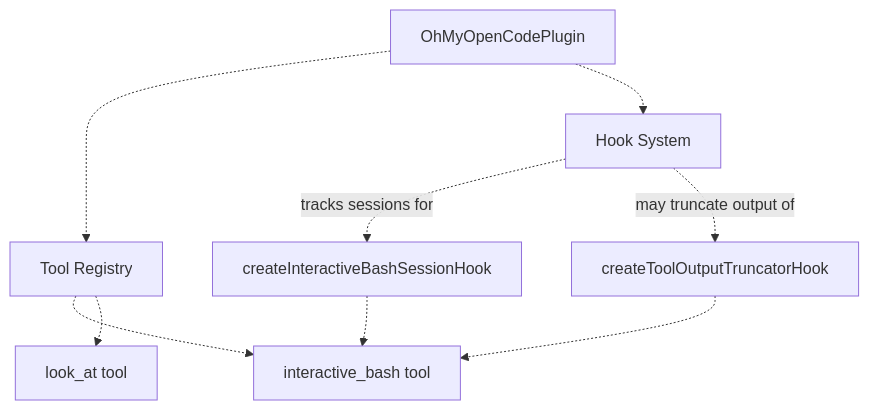
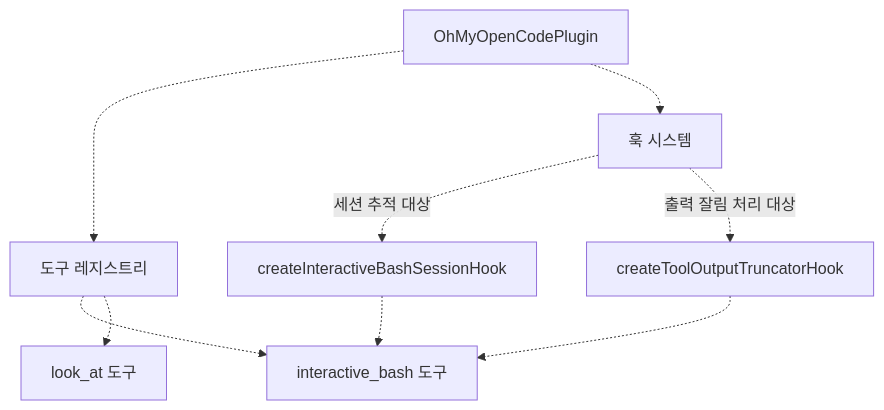
The seventh of 7 diagrams in docs/tools/specialized-tools.md (felipetruman/oh-my-opencode-docs), drawn with Mermaid before and after one commit. The commit also changed other lines of this file and 76 other files, not shown here.

````diff
--- a/docs/tools/specialized-tools.md
+++ b/docs/tools/specialized-tools.md
@@ -460,20 +409,20 @@
 ```mermaid
 flowchart TD
 
 Plugin["OhMyOpenCodePlugin"]
-ToolRegistry["Tool Registry"]
-InteractiveBash["interactive_bash tool"]
-LookAt["look_at tool"]
-HookSystem["Hook System"]
+ToolRegistry["도구 레지스트리"]
+InteractiveBash["interactive_bash 도구"]
+LookAt["look_at 도구"]
+HookSystem["훅 시스템"]
 IBSessionHook["createInteractiveBashSessionHook"]
 ToolTruncator["createToolOutputTruncatorHook"]
 
 Plugin -.-> ToolRegistry
 ToolRegistry -.-> InteractiveBash
 ToolRegistry -.-> LookAt
 Plugin -.-> HookSystem
-HookSystem -.->|"tracks sessions for"| IBSessionHook
-HookSystem -.->|"may truncate output of"| ToolTruncator
+HookSystem -.->|"세션 추적 대상"| IBSessionHook
+HookSystem -.->|"출력 잘림 처리 대상"| ToolTruncator
 IBSessionHook -.-> InteractiveBash
 ToolTruncator -.-> InteractiveBash
 ```
````
